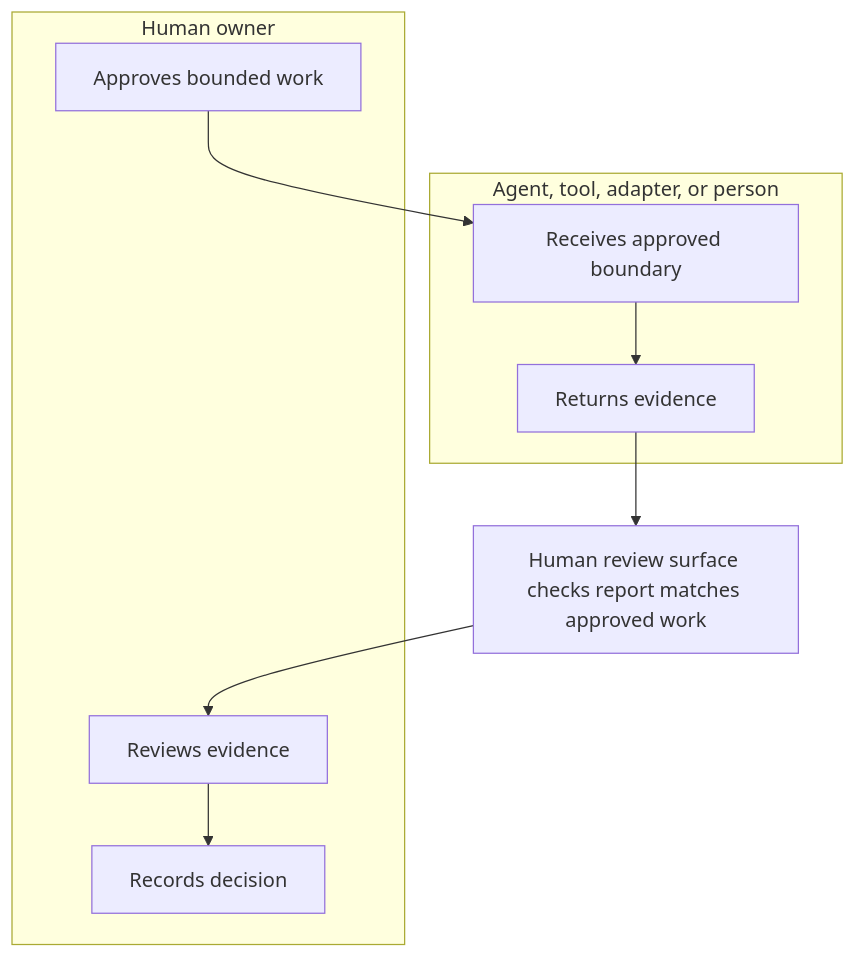
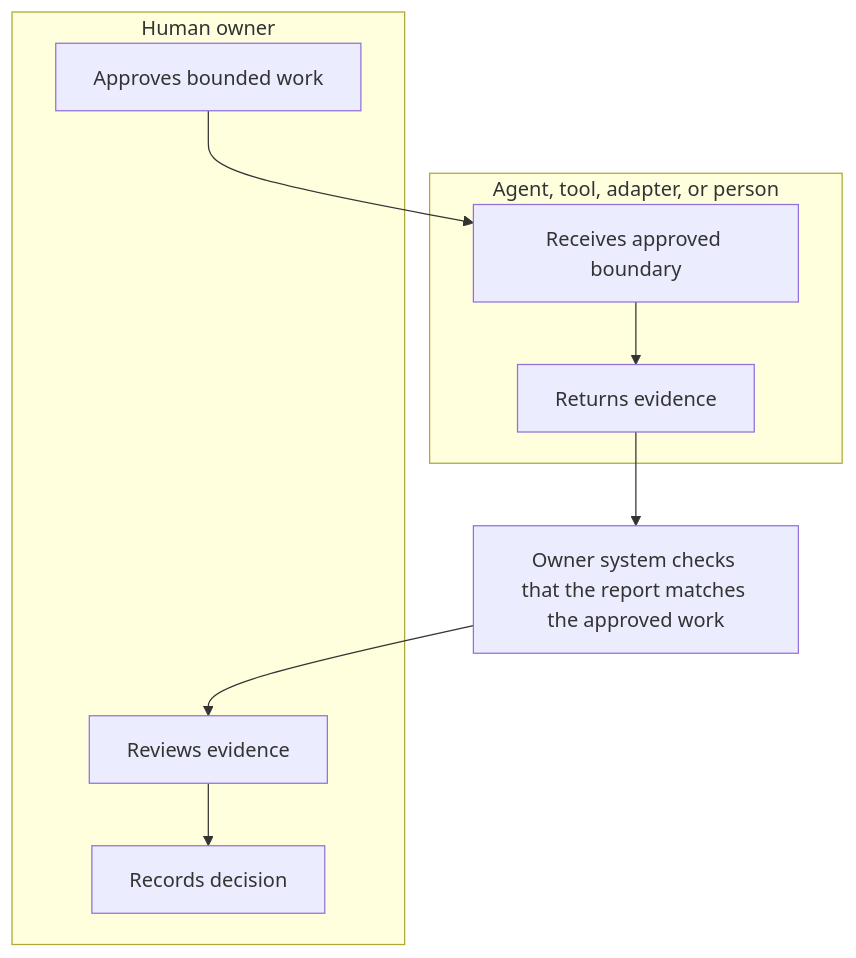
Before and after one commit to joefeser/hacp: the first of 5 diagrams in docs/use-cases.md, drawn with Mermaid. The commit also changed other lines of this file and 1 other file, not shown here.

````diff
--- a/docs/use-cases.md
+++ b/docs/use-cases.md
@@ -36,17 +53,17 @@
 ```mermaid
 flowchart TB
   subgraph Human["Human owner"]
     A["Approves bounded work"]
     E["Reviews evidence"]
     F["Records decision"]
   end
   subgraph Participant["Agent, tool, adapter, or person"]
     B["Receives approved boundary"]
     C["Returns evidence"]
   end
   A --> B
   B --> C
-  C --> D["Human review surface checks report matches approved work"]
+  C --> D["Owner system checks that the report matches the approved work"]
   D --> E
   E --> F
 ```
````
